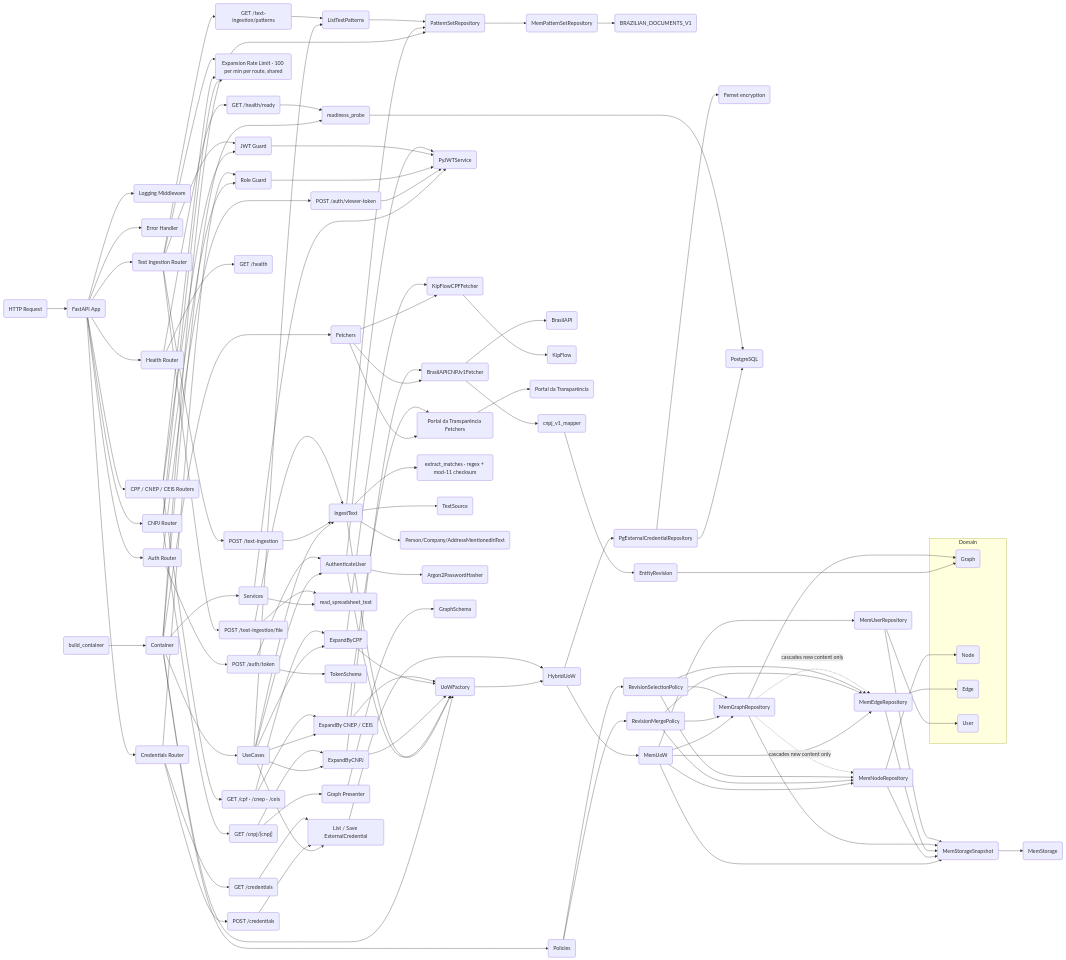
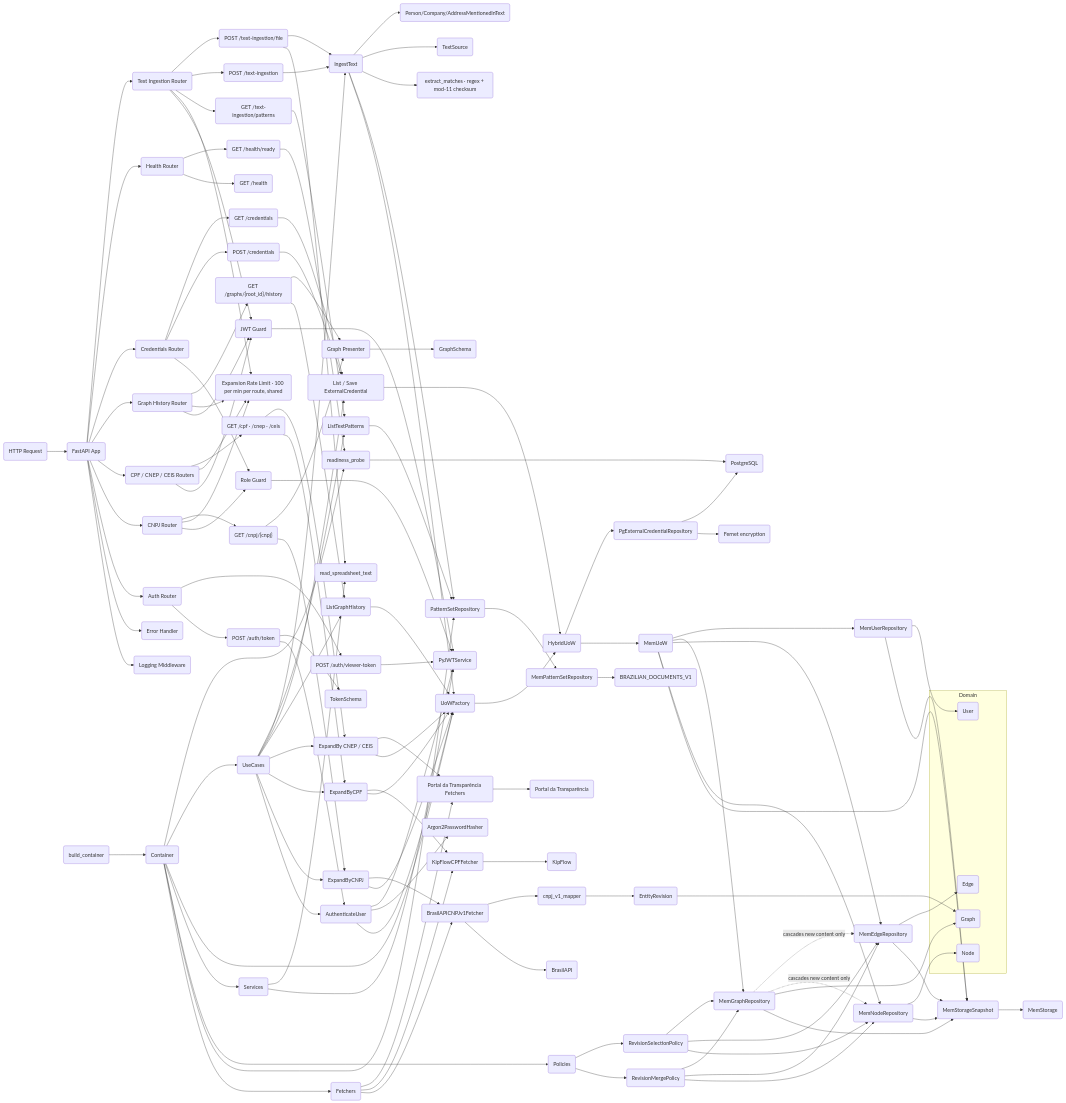
One commit to geldois/osint-engine changed the diagram in README.md. Above: the diagram before and after it, drawn with Mermaid. The commit also changed other lines of this file and 3 other files, not shown here.

Commit message:
docs: describe the graph-history endpoint and the id/content_id split

````diff
--- a/README.md
+++ b/README.md
@@ -38,6 +38,7 @@
     FastAPI --> AuthRouter("Auth Router")
     FastAPI --> CNPJRouter("CNPJ Router")
     FastAPI --> ExpansionRouters("CPF / CNEP / CEIS Routers")
+    FastAPI --> GraphHistoryRouter("Graph History Router")
     FastAPI --> CredentialsRouter("Credentials Router")
     FastAPI --> HealthRouter("Health Router")
     FastAPI --> TextIngestionRouter("Text Ingestion Router")
@@ -50,6 +51,9 @@
     ExpansionRouters --> JwtGuard("JWT Guard")
     ExpansionRouters --> ExpansionRateLimit
     ExpansionRouters --> GetExpansion("GET /cpf · /cnep · /ceis")
+    GraphHistoryRouter --> JwtGuard
+    GraphHistoryRouter --> ExpansionRateLimit
+    GraphHistoryRouter --> GetGraphHistory("GET /graphs/{root_id}/history")
     CredentialsRouter --> RoleGuard
     CredentialsRouter --> PostCredential("POST /credentials")
     CredentialsRouter --> GetCredentials("GET /credentials")
@@ -74,6 +78,7 @@
     UseCases --> ExpandByCNPJ("ExpandByCNPJ")
     UseCases --> ExpandByCPF("ExpandByCPF")
     UseCases --> ExpandByPortal("ExpandBy CNEP / CEIS")
+    UseCases --> ListGraphHistory("ListGraphHistory")
     UseCases --> CredentialUseCases("List / Save ExternalCredential")
     UseCases --> IngestText("IngestText")
     UseCases --> ListPatternSets("ListTextPatterns")
@@ -90,6 +95,7 @@
     GetCNPJ --> ExpandByCNPJ
     GetExpansion --> ExpandByCPF
     GetExpansion --> ExpandByPortal
+    GetGraphHistory --> ListGraphHistory
     PostCredential --> CredentialUseCases
     GetCredentials --> CredentialUseCases
     GetPatterns --> ListPatternSets
@@ -117,6 +123,7 @@
     ExpandByCPF --> KipFlowFetcher
     ExpandByPortal --> UoWFactory
     ExpandByPortal --> PortalFetchers
+    ListGraphHistory --> UoWFactory
     CNPJFetcher --> BrasilAPI("BrasilAPI")
     KipFlowFetcher --> KipFlowAPI("KipFlow")
     PortalFetchers --> PortalAPI("Portal da Transparência")
@@ -160,6 +167,7 @@
     GraphRepo -.cascades new content only.-> EdgeRepo
 
     GetCNPJ --> GraphPresenter("Graph Presenter")
+    GetGraphHistory --> GraphPresenter
     GraphPresenter --> GraphSchema("GraphSchema")
     PostToken --> TokenSchema("TokenSchema")
 ```
````
